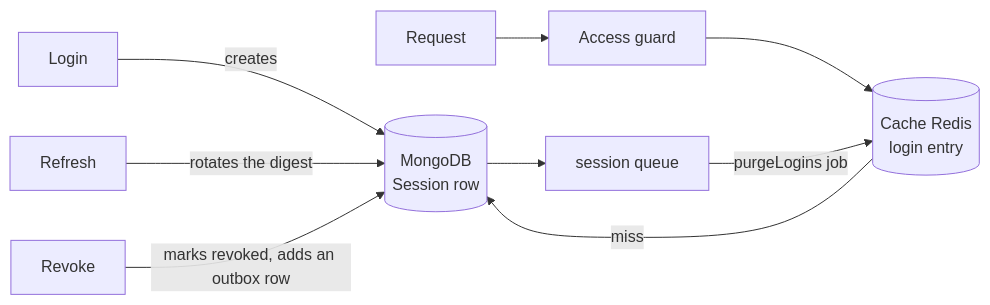
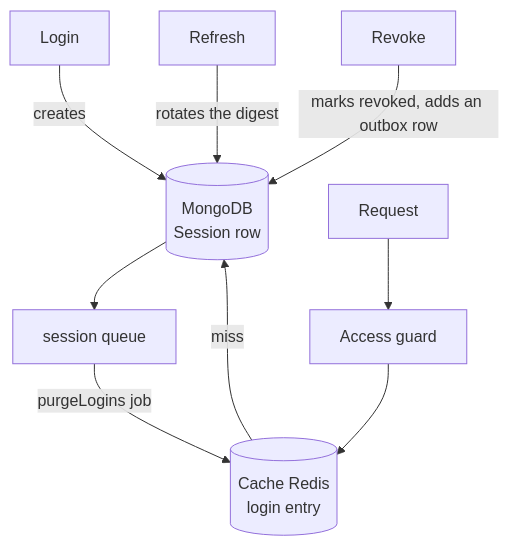
The diagram in docs/concepts/session.md (andrechristikan/ack-nestjs-boilerplate), drawn with Mermaid before and after one commit. The commit also changed other lines of this file and 35 other files, not shown here.

Commit message:
docs: draw every diagram top to bottom and match each to its page

````diff
--- a/docs/concepts/session.md
+++ b/docs/concepts/session.md
@@ -32,11 +34,11 @@
 ```mermaid
-flowchart LR
+flowchart TB
     LG["Login"] -->|creates| DB[("MongoDB<br/>Session row")]
-    RQ["Request"] --> GD["Access guard"]
-    GD --> CE[("Cache Redis<br/>login entry")]
-    CE -->|miss| DB
     RF["Refresh"] -->|rotates the digest| DB
     RV["Revoke"] -->|marks revoked, adds an outbox row| DB
     DB --> QU["session queue"]
-    QU -->|purgeLogins job| CE
+    QU -->|purgeLogins job| CE[("Cache Redis<br/>login entry")]
+    RQ["Request"] --> GD["Access guard"]
+    GD --> CE
+    CE -->|miss| DB
 ```
````
